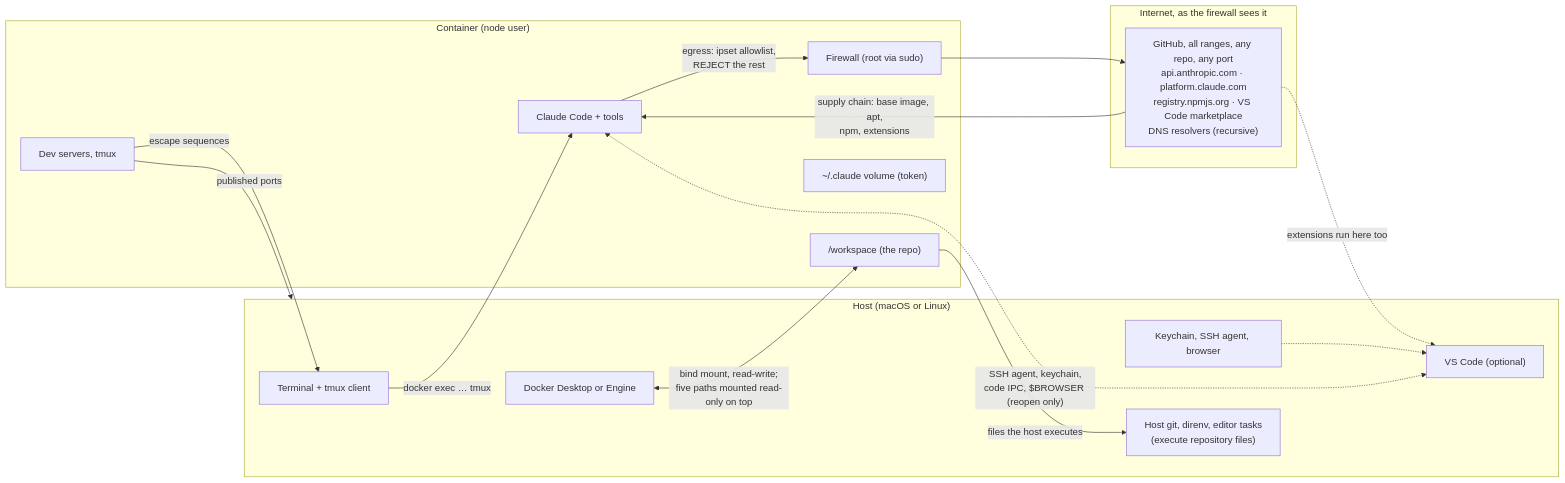
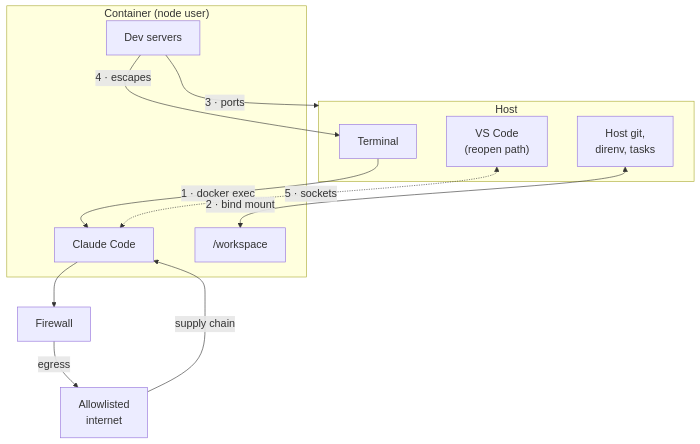
Before and after one commit to marceljay/claude-boilerplate: the diagram in docs/SECURITY-MODEL.md, drawn with Mermaid. The commit also changed other lines of this file and 1 other file, not shown here.

````diff
--- a/docs/SECURITY-MODEL.md
+++ b/docs/SECURITY-MODEL.md
@@ -140,30 +140,24 @@
 ```mermaid
-flowchart LR
-    subgraph host["Host (macOS or Linux)"]
-        term["Terminal + tmux client"]
-        docker["Docker Desktop or Engine"]
-        vscode["VS Code (optional)"]
-        secrets["Keychain, SSH agent, browser"]
-        hostgit["Host git, direnv, editor tasks<br/>(execute repository files)"]
+%%{init: {"themeVariables": {"fontSize": "18px"}}}%%
+flowchart TB
+    subgraph host["Host"]
+        term["Terminal"]
+        vscode["VS Code<br/>(reopen path)"]
+        hostgit["Host git,<br/>direnv, tasks"]
     end
     subgraph container["Container (node user)"]
-        claude["Claude Code + tools"]
-        ws["/workspace (the repo)"]
-        fw["Firewall (root via sudo)"]
-        vol["~/.claude volume (token)"]
-        dev["Dev servers, tmux"]
+        claude["Claude Code"]
+        ws["/workspace"]
+        dev["Dev servers"]
     end
-    subgraph net["Internet, as the firewall sees it"]
-        allowed["GitHub, all ranges, any repo, any port<br/>api.anthropic.com · platform.claude.com<br/>registry.npmjs.org · VS Code marketplace<br/>DNS resolvers (recursive)"]
-    end
-    term -->|"docker exec … tmux"| claude
-    docker <-->|"bind mount, read-write;<br/>five paths mounted read-only on top"| ws
-    vscode <-.->|"SSH agent, keychain,<br/>code IPC, $BROWSER (reopen only)"| claude
-    secrets -.-> vscode
-    dev -->|"published ports"| host
-    dev -->|"escape sequences"| term
-    ws -->|"files the host executes"| hostgit
-    claude -->|"egress: ipset allowlist,<br/>REJECT the rest"| fw --> allowed
-    allowed -->|"supply chain: base image, apt,<br/>npm, extensions"| claude
-    allowed -.->|"extensions run here too"| vscode
+    fw["Firewall"]
+    allowed["Allowlisted<br/>internet"]
+
+    term -->|"1 · docker exec"| claude
+    hostgit <-->|"2 · bind mount"| ws
+    dev -->|"3 · ports"| host
+    dev -->|"4 · escapes"| term
+    vscode <-.->|"5 · sockets"| claude
+    claude --> fw -->|"egress"| allowed
+    allowed -->|"supply chain"| claude
 ```
````
